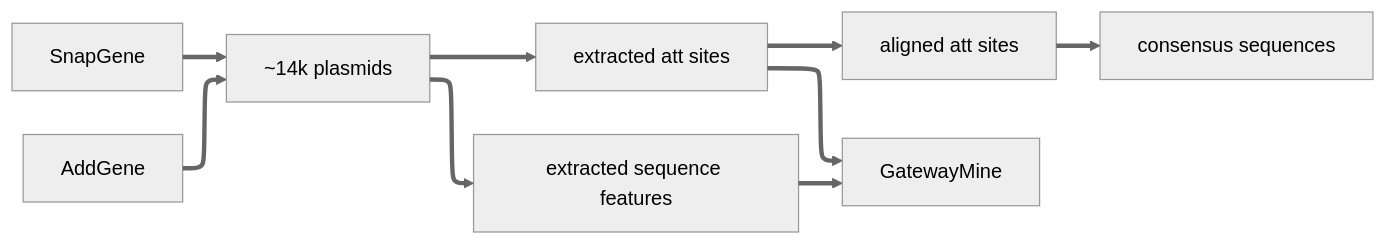
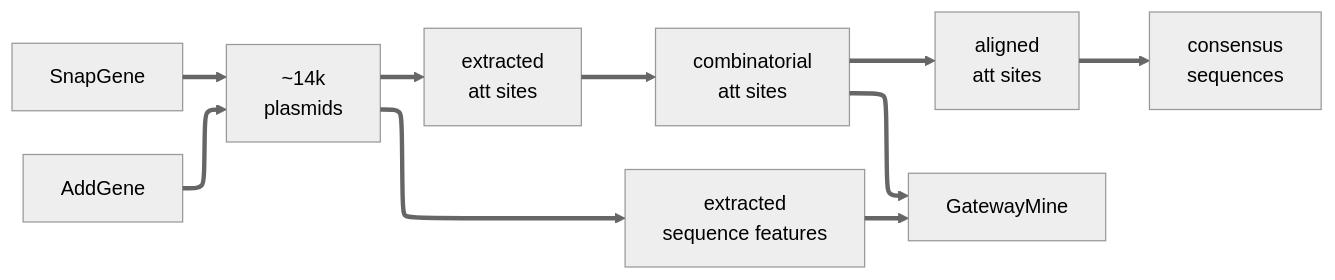
The first of 2 diagrams in README.md (manulera/GateWayMine), drawn with Mermaid (neutral theme) before and after one commit. The commit also changed other lines of this file, not shown here.

````diff
--- a/README.md
+++ b/README.md
@@ -10,15 +10,16 @@
 ```mermaid
 ---
 config:
   layout: elk
 ---
 flowchart LR
-SnapGene ==> Plasmids[~14k plasmids]
+SnapGene ==> Plasmids[~14k<br>plasmids]
 AddGene ==> Plasmids
-Plasmids ==> Sites[extracted att sites]
-Plasmids ==> SequenceFeatures[extracted sequence features]
-Sites ==> Alignments[aligned att sites]
-Sites ==> GatewayMine[GatewayMine]
+Plasmids ==> Sites[extracted<br>att sites]
+Sites ==> CombinatorialSites[combinatorial<br>att sites]
+Plasmids ==> SequenceFeatures[extracted<br>sequence features]
+CombinatorialSites ==> Alignments[aligned<br>att sites]
+CombinatorialSites ==> GatewayMine[GatewayMine]
 SequenceFeatures ==> GatewayMine
-Alignments ==> Consensus[consensus sequences]
+Alignments ==> Consensus[consensus<br>sequences]
 ```
````
